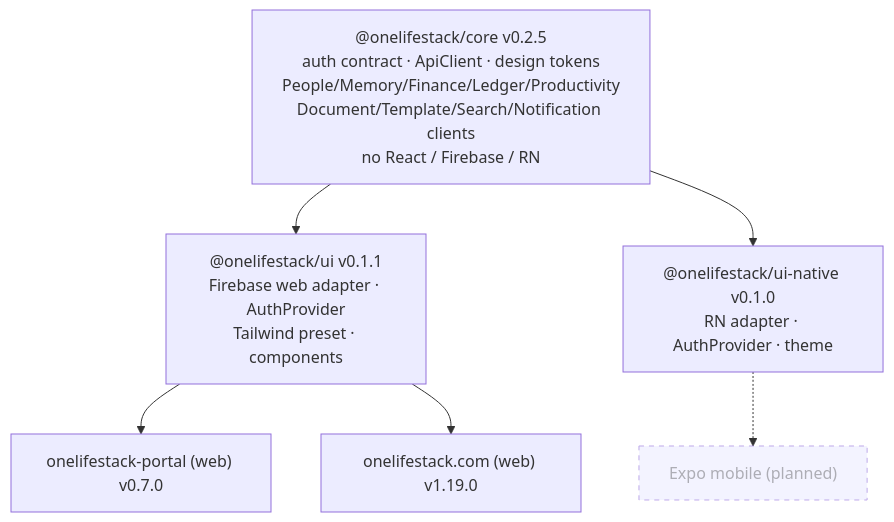
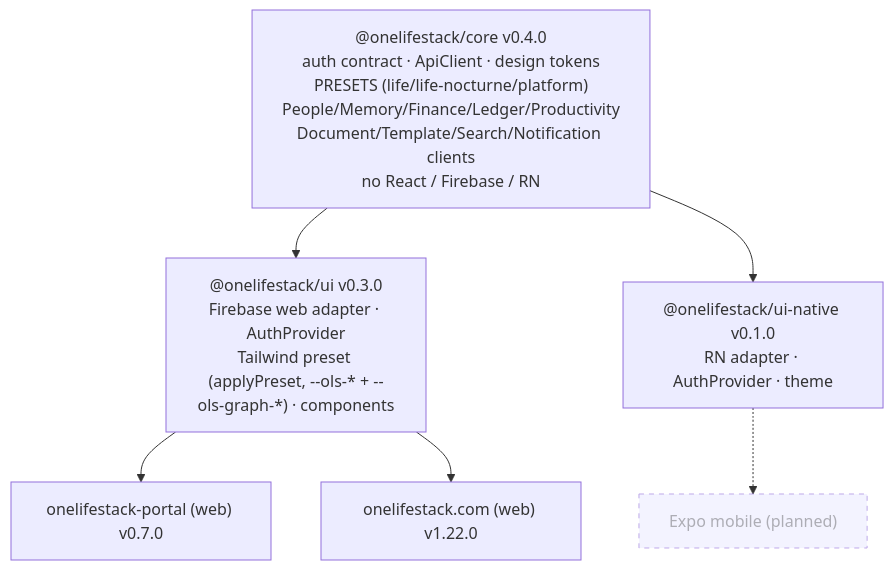
Before and after one commit to onelifestack/onelifestack-docs-public: the fourth of 5 diagrams in architecture.md, drawn with Mermaid.

Commit message:
docs(architecture): bump client package versions for life-nocturne release
@onelifestack/core v0.4.0 (PRESETS life/life-nocturne/platform),
@onelifestack/ui v0.3.0 (--ols-graph-*), onelifestack.com v1.22.0.

````diff
--- a/architecture.md
+++ b/architecture.md
@@ -180,17 +180,17 @@
 ```mermaid
 flowchart TD
-  core["@onelifestack/core v0.2.5\nauth contract · ApiClient · design tokens\nPeople/Memory/Finance/Ledger/Productivity\nDocument/Template/Search/Notification clients\nno React / Firebase / RN"]
-  uiweb["@onelifestack/ui v0.1.1\nFirebase web adapter · AuthProvider\nTailwind preset · components"]
+  core["@onelifestack/core v0.4.0\nauth contract · ApiClient · design tokens\nPRESETS (life/life-nocturne/platform)\nPeople/Memory/Finance/Ledger/Productivity\nDocument/Template/Search/Notification clients\nno React / Firebase / RN"]
+  uiweb["@onelifestack/ui v0.3.0\nFirebase web adapter · AuthProvider\nTailwind preset (applyPreset, --ols-* + --ols-graph-*) · components"]
   uinative["@onelifestack/ui-native v0.1.0\nRN adapter · AuthProvider · theme"]
   portal["onelifestack-portal (web) v0.7.0"]
-  comsite["onelifestack.com (web) v1.19.0"]
+  comsite["onelifestack.com (web) v1.22.0"]
   mobile["Expo mobile (planned)"]:::planned
 
   core --> uiweb
   core --> uinative
   uiweb --> portal
   uiweb --> comsite
   uinative -.-> mobile
 
   classDef planned stroke-dasharray: 5 5,opacity:0.6;
 ```
````
